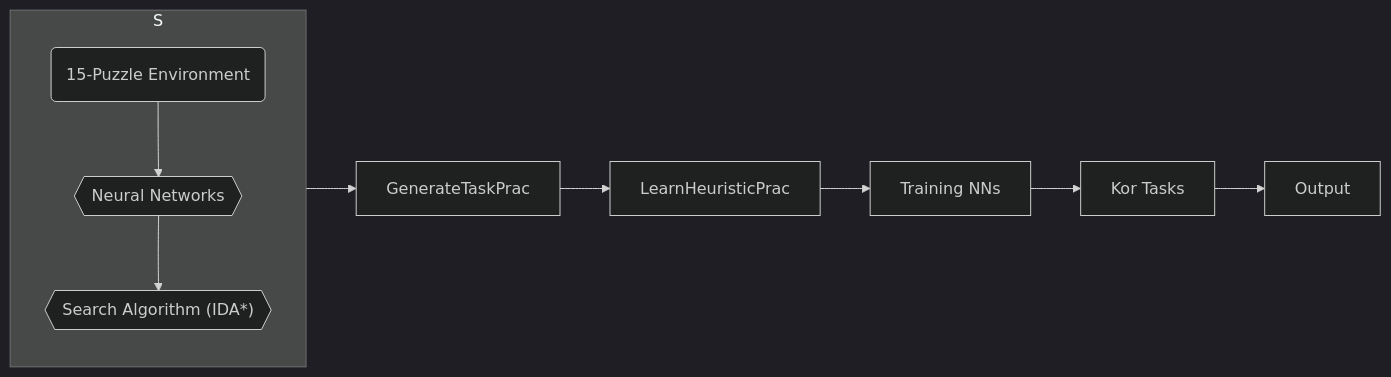
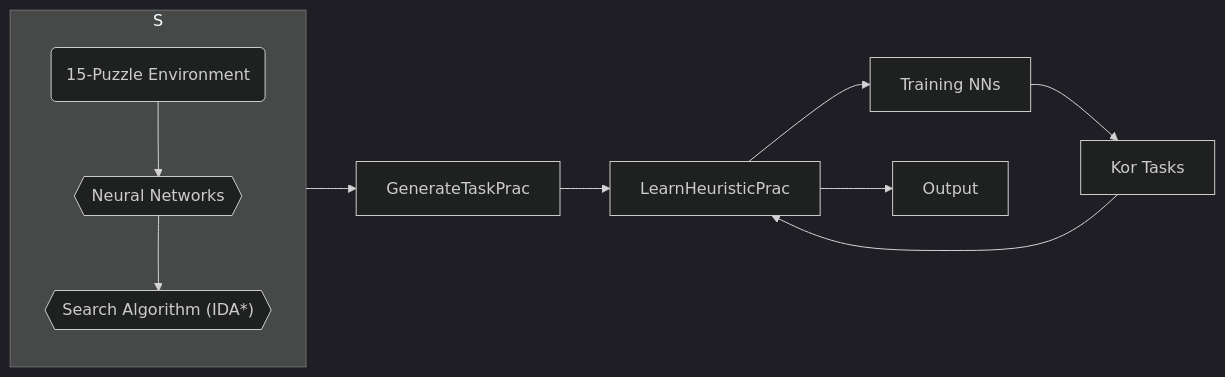
Before and after one commit to OShagHennessy/Reproducibility_Assignment: the diagram in README.md, drawn with Mermaid (dark theme).

````diff
--- a/README.md
+++ b/README.md
@@ -10,15 +10,15 @@
 ```mermaid
 
 %%{init: {"flowchart": {"htmlLabels": false}} }%%
 flowchart LR
 Algorithm3[GenerateTaskPrac]
 Algorithm4[LearnHeuristicPrac]
 TrainingNNs[Training NNs]
 Kor_Tasks[Kor Tasks]
 Output[Output]
-S --> Algorithm3 --> Algorithm4 --> TrainingNNs --> Kor_Tasks --> Output
+S --> Algorithm3 --> Algorithm4 --> TrainingNNs --> Kor_Tasks --> Algorithm4 --> Output
 subgraph "S"
   a("`15-Puzzle Environment`") --> b{{"`Neural Networks`"}} --> c{{"`Search Algorithm (IDA*)`"}}
 end
 
 ```
````
